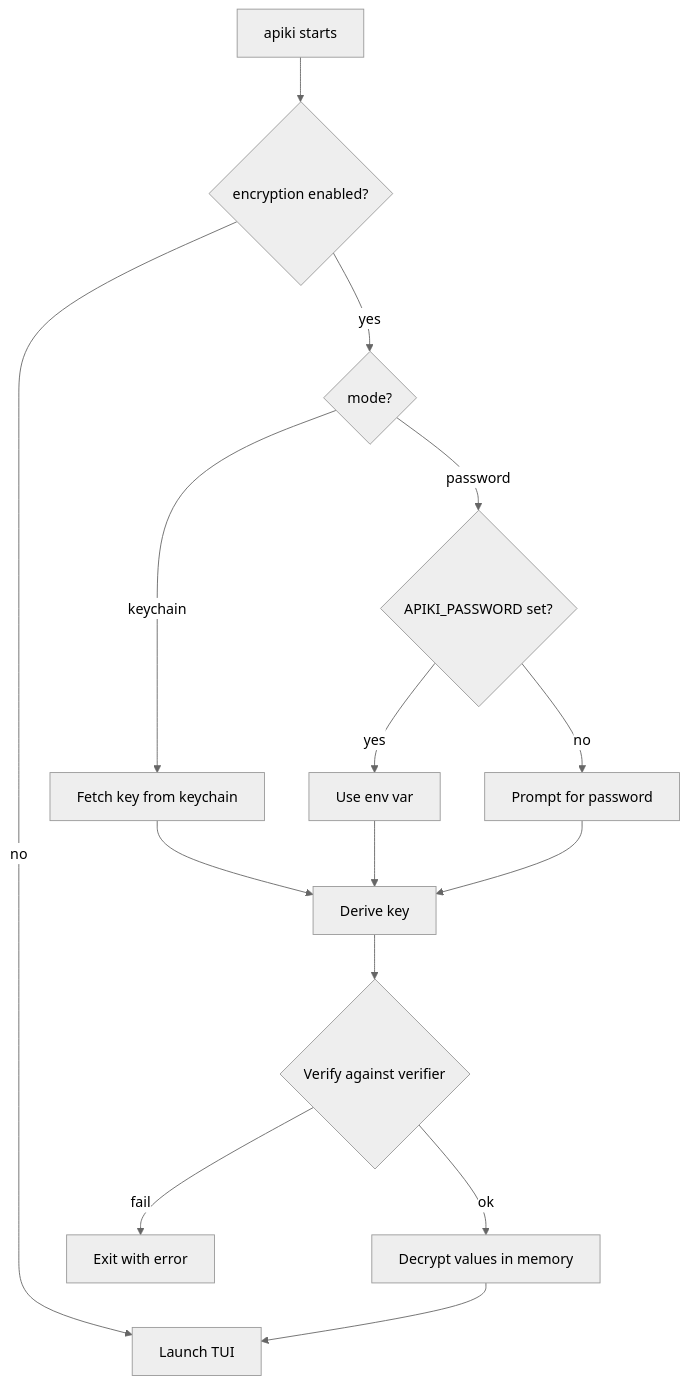
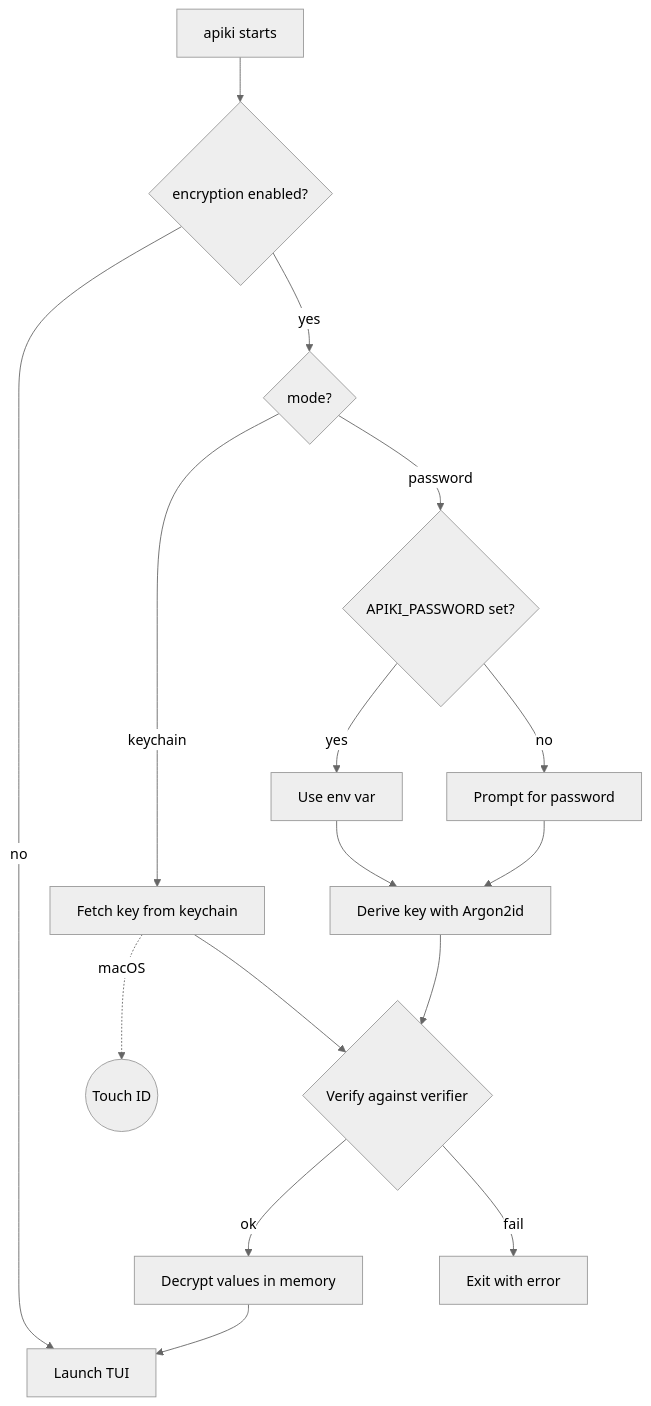
One commit to loderunner/apiki changed the second of 2 diagrams in .cursor/plans/entry_value_encryption_109efe7e.plan.md. Above: the diagram before and after it, drawn with Mermaid (neutral theme). The commit also changed other lines of this file, not shown here.

````diff
--- a/.cursor/plans/entry_value_encryption_109efe7e.plan.md
+++ b/.cursor/plans/entry_value_encryption_109efe7e.plan.md
@@ -144,17 +175,18 @@
 ```mermaid
 flowchart TD
     start[apiki starts] --> check{encryption enabled?}
     check -->|no| tui[Launch TUI]
     check -->|yes| mode{mode?}
     mode -->|keychain| fetch[Fetch key from keychain]
+    fetch -. macOS .-> touchid((Touch ID))
     mode -->|password| envcheck{APIKI_PASSWORD set?}
     envcheck -->|yes| useenv[Use env var]
     envcheck -->|no| prompt[Prompt for password]
-    fetch --> derive[Derive key]
-    useenv --> derive
+    useenv --> derive[Derive key with Argon2id]
     prompt --> derive
-    derive --> verify{Verify against verifier}
+    fetch --> verify{Verify against verifier}
+    derive --> verify
     verify -->|ok| decryptvals[Decrypt values in memory]
     verify -->|fail| error[Exit with error]
     decryptvals --> tui
 ```
````
